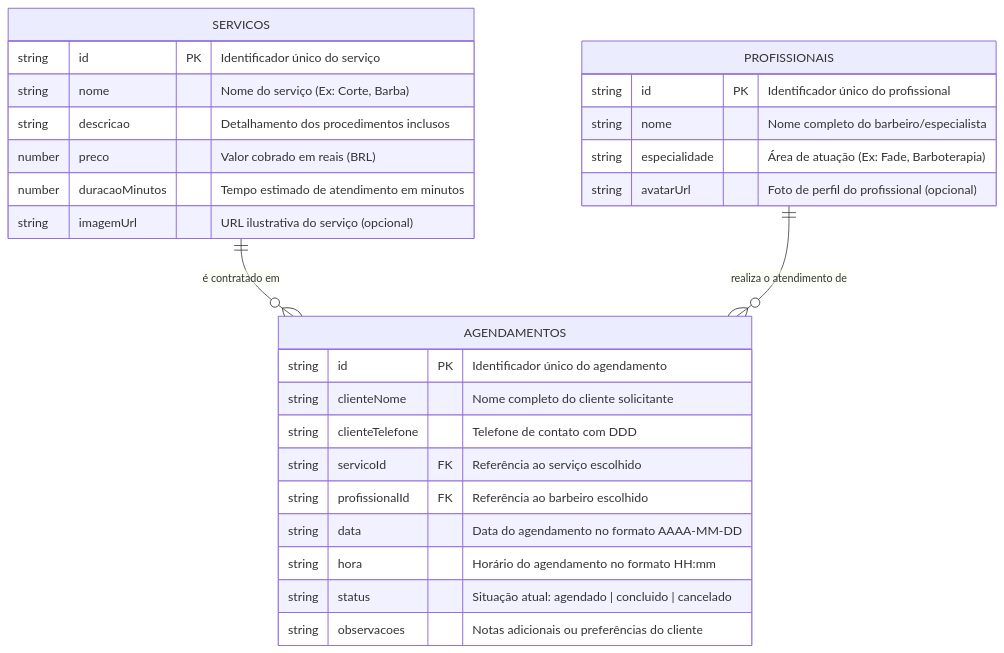
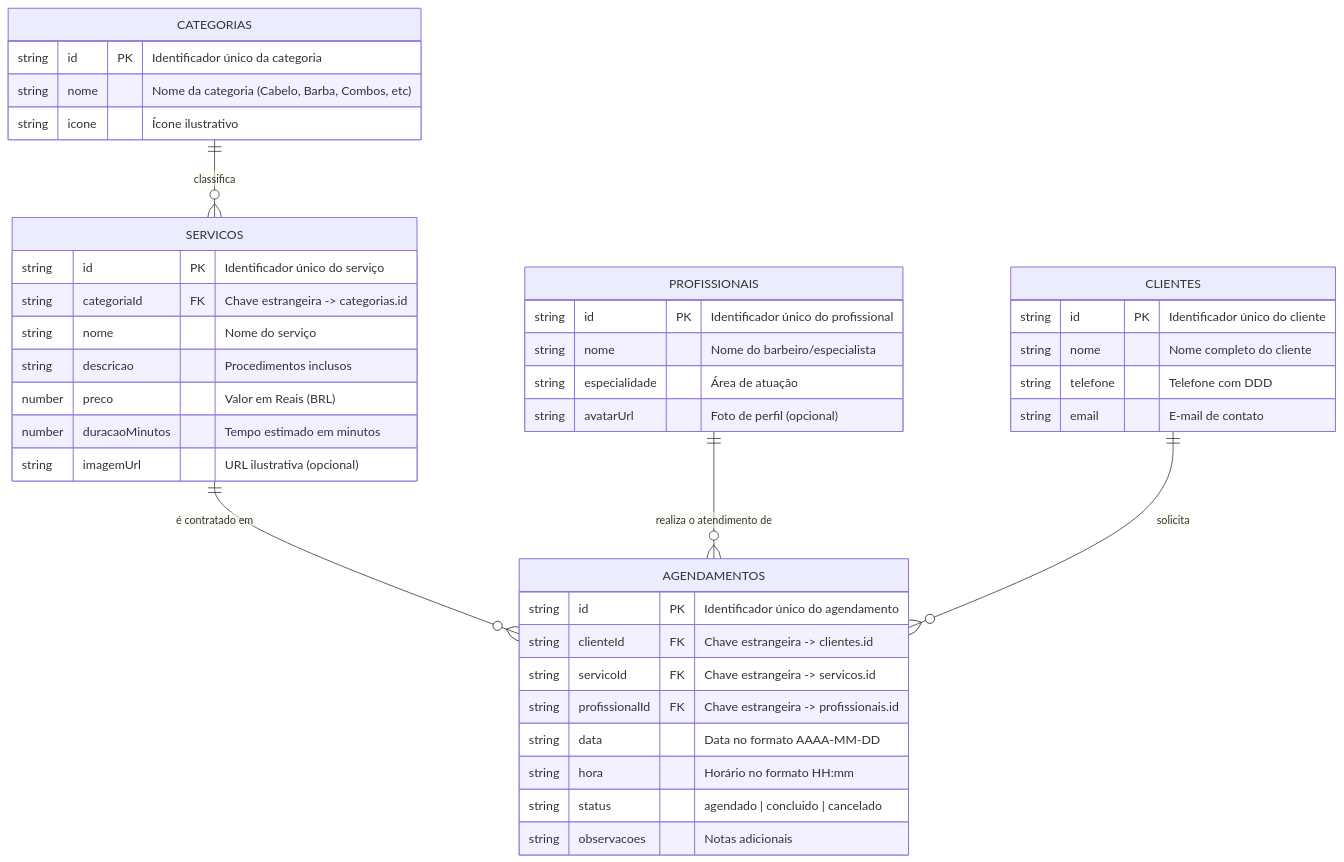
The diagram in MODELAGEM_PROJETO_PAM.md (contagpt1000-coder/PAM-ProgramacaoAplicativosMobile), drawn with Mermaid before and after one commit. The commit also changed other lines of this file and 8 other files, not shown here.

````diff
--- a/MODELAGEM_PROJETO_PAM.md
+++ b/MODELAGEM_PROJETO_PAM.md
@@ -22,33 +20,48 @@
 ```mermaid
 erDiagram
+    CATEGORIAS ||--o{ SERVICOS : "classifica"
     SERVICOS ||--o{ AGENDAMENTOS : "é contratado em"
     PROFISSIONAIS ||--o{ AGENDAMENTOS : "realiza o atendimento de"
+    CLIENTES ||--o{ AGENDAMENTOS : "solicita"
+
+    CATEGORIAS {
+        string id PK "Identificador único da categoria"
+        string nome "Nome da categoria (Cabelo, Barba, Combos, etc)"
+        string icone "Ícone ilustrativo"
+    }
 
     SERVICOS {
         string id PK "Identificador único do serviço"
-        string nome "Nome do serviço (Ex: Corte, Barba)"
-        string descricao "Detalhamento dos procedimentos inclusos"
-        number preco "Valor cobrado em reais (BRL)"
-        number duracaoMinutos "Tempo estimado de atendimento em minutos"
-        string imagemUrl "URL ilustrativa do serviço (opcional)"
+        string categoriaId FK "Chave estrangeira -> categorias.id"
+        string nome "Nome do serviço"
+        string descricao "Procedimentos inclusos"
+        number preco "Valor em Reais (BRL)"
+        number duracaoMinutos "Tempo estimado em minutos"
+        string imagemUrl "URL ilustrativa (opcional)"
     }
 
     PROFISSIONAIS {
         string id PK "Identificador único do profissional"
-        string nome "Nome completo do barbeiro/especialista"
-        string especialidade "Área de atuação (Ex: Fade, Barboterapia)"
-        string avatarUrl "Foto de perfil do profissional (opcional)"
+        string nome "Nome do barbeiro/especialista"
+        string especialidade "Área de atuação"
+        string avatarUrl "Foto de perfil (opcional)"
+    }
+
+    CLIENTES {
+        string id PK "Identificador único do cliente"
+        string nome "Nome completo do cliente"
+        string telefone "Telefone com DDD"
+        string email "E-mail de contato"
     }
 
     AGENDAMENTOS {
         string id PK "Identificador único do agendamento"
-        string clienteNome "Nome completo do cliente solicitante"
-        string clienteTelefone "Telefone de contato com DDD"
-        string servicoId FK "Referência ao serviço escolhido"
-        string profissionalId FK "Referência ao barbeiro escolhido"
-        string data "Data do agendamento no formato AAAA-MM-DD"
-        string hora "Horário do agendamento no formato HH:mm"
-        string status "Situação atual: agendado | concluido | cancelado"
-        string observacoes "Notas adicionais ou preferências do cliente"
+        string clienteId FK "Chave estrangeira -> clientes.id"
+        string servicoId FK "Chave estrangeira -> servicos.id"
+        string profissionalId FK "Chave estrangeira -> profissionais.id"
+        string data "Data no formato AAAA-MM-DD"
+        string hora "Horário no formato HH:mm"
+        string status "agendado | concluido | cancelado"
+        string observacoes "Notas adicionais"
     }
 ```
````
